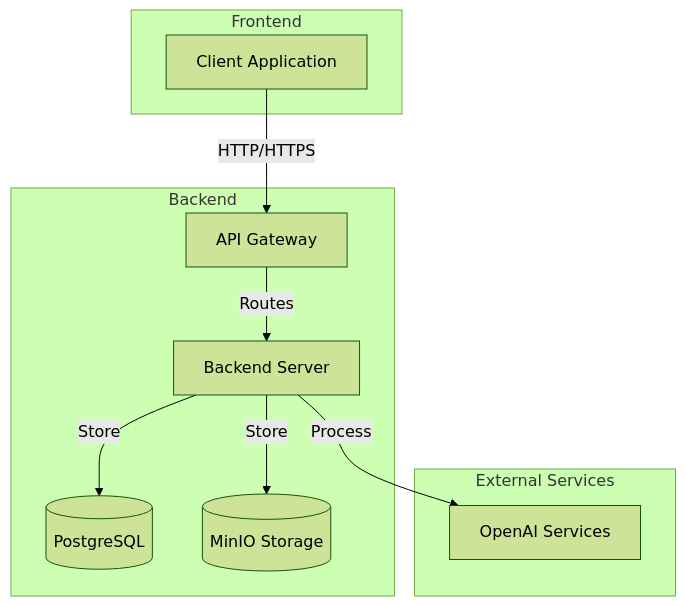
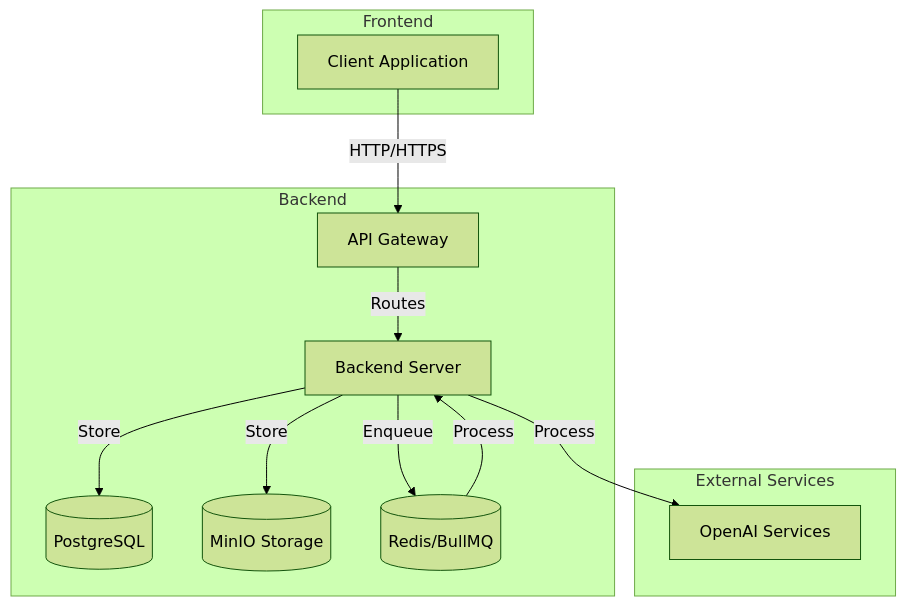
One commit to fbsis/aiScribe changed the first of 4 diagrams in architecture.md. Above: the diagram before and after it, drawn with Mermaid (forest theme). The commit also changed other lines of this file, not shown here.

First line of the commit message:
feat: enhance queue system integration

````diff
--- a/architecture.md
+++ b/architecture.md
@@ -7,23 +7,26 @@
 ```mermaid
 graph TB
     Client[Client Application] -->|HTTP/HTTPS| API[API Gateway]
     API -->|Routes| Server[Backend Server]
     Server -->|Store| DB[(PostgreSQL)]
     Server -->|Store| MinIO[(MinIO Storage)]
+    Server -->|Enqueue| Queue[(Redis/BullMQ)]
+    Queue -->|Process| Server
     Server -->|Process| OpenAI[OpenAI Services]
     
     subgraph Frontend
         Client
     end
     
     subgraph Backend
         API
         Server
         DB
         MinIO
+        Queue
     end
     
     subgraph External Services
         OpenAI
     end
 ```
````
